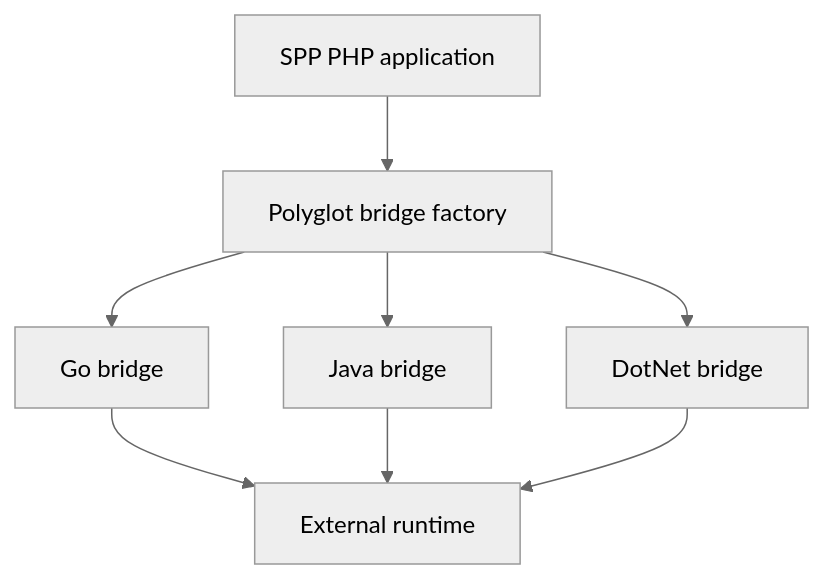
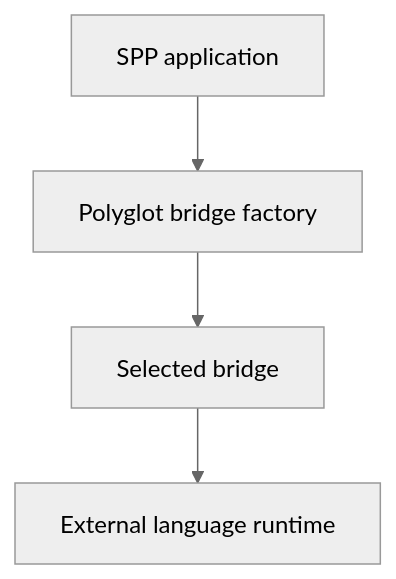
One commit to shuklasp/spp changed the first of 5 diagrams in documentation/handbook/10-polyglot-and-external-applications.md. Above: the diagram before and after it, drawn with Mermaid (neutral theme). The commit also changed other lines of this file, not shown here.

````diff
--- a/documentation/handbook/10-polyglot-and-external-applications.md
+++ b/documentation/handbook/10-polyglot-and-external-applications.md
@@ -23,10 +113,6 @@
 ```mermaid
 flowchart TD
-    A[SPP PHP application] --> B[Polyglot bridge factory]
-    B --> C[Go bridge]
-    B --> D[Java bridge]
-    B --> E[DotNet bridge]
-    C --> F[External runtime]
-    D --> F
-    E --> F
+    A[SPP application] --> B[Polyglot bridge factory]
+    B --> C[Selected bridge]
+    C --> D[External language runtime]
 ```
````
